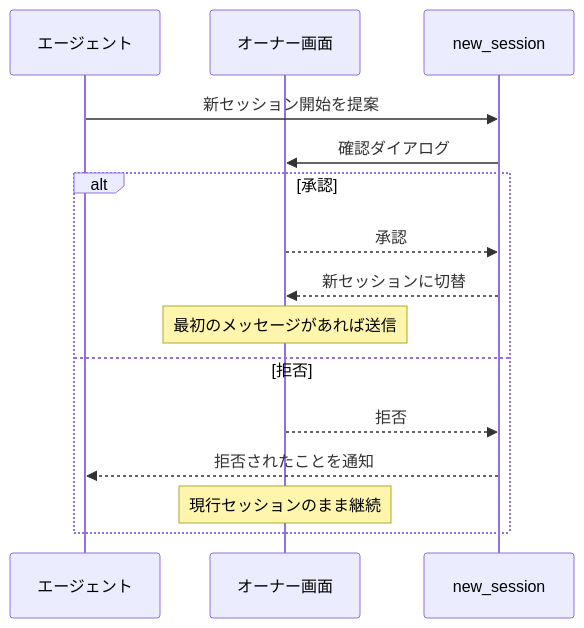
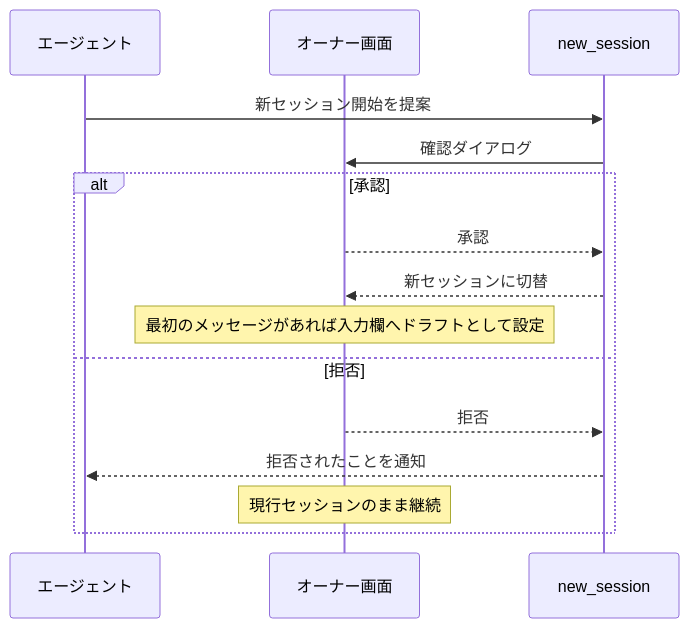
The diagram in dotfiles/.pi/agent/extensions.exact/new-session/SPEC.md (CatBraaain/dotfiles), drawn with Mermaid before and after one commit. The commit also changed other lines of this file and 3 other files, not shown here.

````diff
--- a/dotfiles/.pi/agent/extensions.exact/new-session/SPEC.md
+++ b/dotfiles/.pi/agent/extensions.exact/new-session/SPEC.md
@@ -13,18 +13,18 @@
 ```mermaid
 sequenceDiagram
     participant Agent as エージェント
     participant Owner as オーナー画面
     participant New as new_session
 
     Agent->>New: 新セッション開始を提案
     New->>Owner: 確認ダイアログ
     alt 承認
         Owner-->>New: 承認
         New-->>Owner: 新セッションに切替
-        Note over Owner: 最初のメッセージがあれば送信
+        Note over Owner: 最初のメッセージがあれば入力欄へドラフトとして設定
     else 拒否
         Owner-->>New: 拒否
         New-->>Agent: 拒否されたことを通知
         Note over Owner: 現行セッションのまま継続
     end
 ```
````
